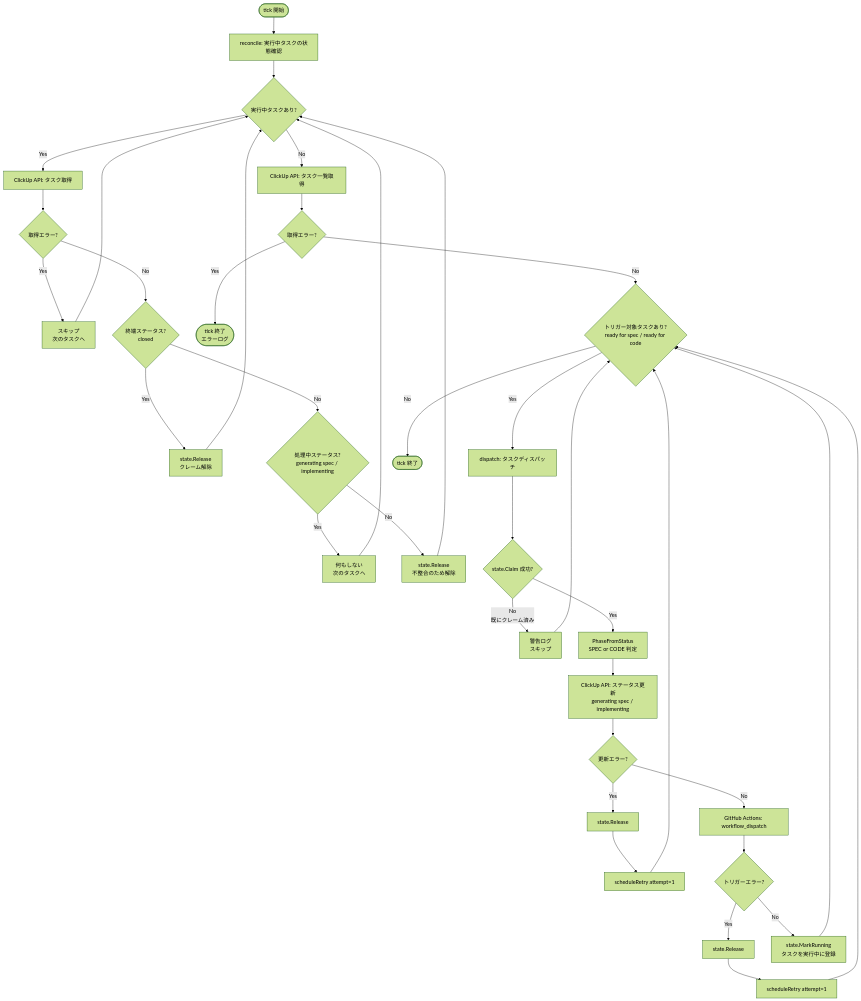
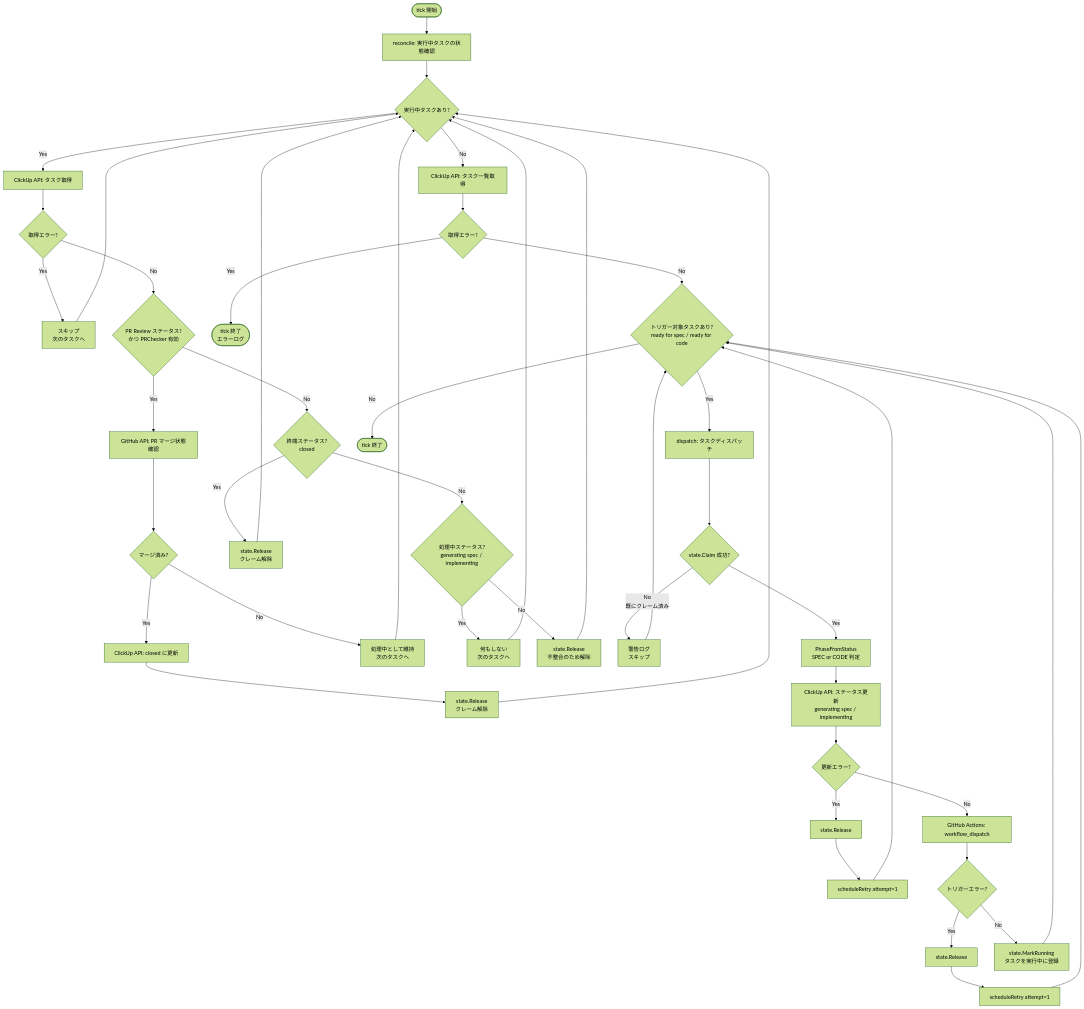
One commit to alanse-inc/clickup-ai-orchestrator changed the second of 3 diagrams in docs/flow.md. Above: the diagram before and after it, drawn with Mermaid (forest theme). The commit also changed other lines of this file and 2 other files, not shown here.

Commit message:
docs: PR #83, #85 の変更をドキュメントに反映
- README: CLICKUP_STATUS_* 環境変数を projects.yaml の status_mapping に置換
- README: PR マージ自動検知による CLOSED 遷移を Usage に追記
- SPEC: PR Checker コンポーネント・SHUTDOWN_TIMEOUT_MS・status_mapping を追加
- SPEC: リコンシリエーションに PR マージ自動検知ロジックを追加
- SPEC: pr_checker.go をプロジェクト構造に追加、将来課題を更新
- docs/flow: ステータスフロー図と tick フローチャートに PR マージ検知を反映

````diff
--- a/docs/flow.md
+++ b/docs/flow.md
@@ -41,43 +41,50 @@
 ```mermaid
 flowchart TD
     START([tick 開始]) --> RECONCILE[reconcile: 実行中タスクの状態確認]
 
     RECONCILE --> FOR_RUNNING{実行中タスクあり?}
     FOR_RUNNING -- Yes --> GET_TASK[ClickUp API: タスク取得]
     GET_TASK --> GET_ERR{取得エラー?}
     GET_ERR -- Yes --> SKIP[スキップ\n次のタスクへ]
-    GET_ERR -- No --> IS_TERMINAL{終端ステータス?\nclosed}
+    GET_ERR -- No --> IS_PR_REVIEW{PR Review ステータス?\nかつ PRChecker 有効}
+    IS_PR_REVIEW -- Yes --> CHECK_MERGE[GitHub API: PR マージ状態確認]
+    CHECK_MERGE --> IS_MERGED{マージ済み?}
+    IS_MERGED -- Yes --> AUTO_CLOSE[ClickUp API: closed に更新] --> RELEASE_MERGE[state.Release\nクレーム解除]
+    IS_MERGED -- No --> CONTINUE_PR[処理中として維持\n次のタスクへ]
+    IS_PR_REVIEW -- No --> IS_TERMINAL{終端ステータス?\nclosed}
     IS_TERMINAL -- Yes --> RELEASE_TERMINAL[state.Release\nクレーム解除]
     IS_TERMINAL -- No --> IS_PROCESSING{処理中ステータス?\ngenerating spec / implementing}
     IS_PROCESSING -- Yes --> CONTINUE[何もしない\n次のタスクへ]
     IS_PROCESSING -- No --> RELEASE_RECONCILE[state.Release\n不整合のため解除]
 
+    RELEASE_MERGE --> FOR_RUNNING
+    CONTINUE_PR --> FOR_RUNNING
     RELEASE_TERMINAL --> FOR_RUNNING
     SKIP --> FOR_RUNNING
     CONTINUE --> FOR_RUNNING
     RELEASE_RECONCILE --> FOR_RUNNING
 
     FOR_RUNNING -- No --> FETCH[ClickUp API: タスク一覧取得]
     FETCH --> FETCH_ERR{取得エラー?}
     FETCH_ERR -- Yes --> END_ERR([tick 終了\nエラーログ])
     FETCH_ERR -- No --> FOR_TASKS{トリガー対象タスクあり?\nready for spec / ready for code}
 
     FOR_TASKS -- Yes --> DISPATCH[dispatch: タスクディスパッチ]
     DISPATCH --> CLAIM{state.Claim 成功?}
     CLAIM -- No\n既にクレーム済み --> WARN[警告ログ\nスキップ]
     CLAIM -- Yes --> PHASE[PhaseFromStatus\nSPEC or CODE 判定]
     PHASE --> UPDATE_STATUS[ClickUp API: ステータス更新\ngenerating spec / implementing]
     UPDATE_STATUS --> UPDATE_ERR{更新エラー?}
     UPDATE_ERR -- Yes --> RELEASE_U[state.Release] --> RETRY_U[scheduleRetry attempt=1]
     UPDATE_ERR -- No --> TRIGGER[GitHub Actions: workflow_dispatch]
     TRIGGER --> TRIGGER_ERR{トリガーエラー?}
     TRIGGER_ERR -- Yes --> RELEASE_T[state.Release] --> RETRY_T[scheduleRetry attempt=1]
     TRIGGER_ERR -- No --> MARK[state.MarkRunning\nタスクを実行中に登録]
 
     WARN --> FOR_TASKS
     MARK --> FOR_TASKS
     RETRY_U --> FOR_TASKS
     RETRY_T --> FOR_TASKS
 
     FOR_TASKS -- No --> END([tick 終了])
 ```
````
